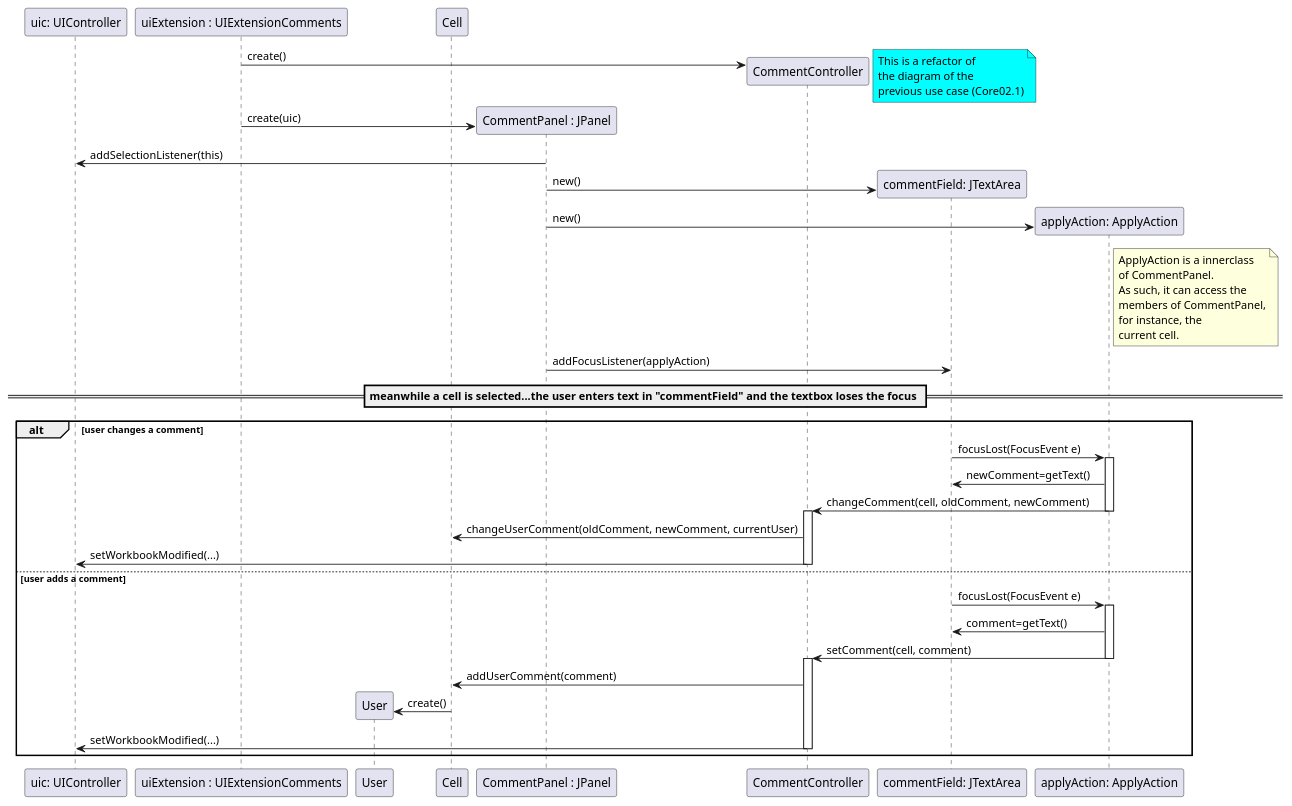
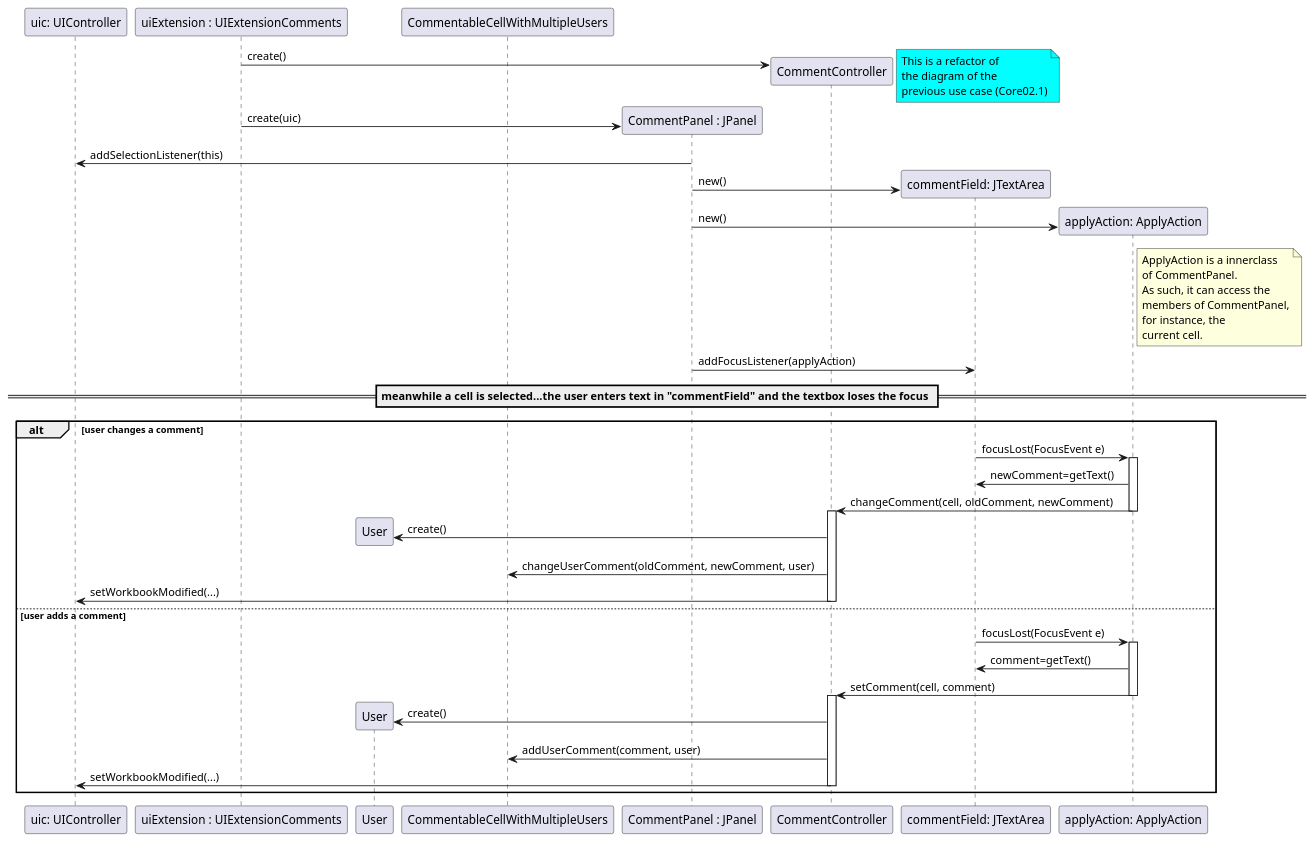
Before and after one commit to MikeTekOn/lapr4-2017-2dd: the diagram in src/main/java/lapr4/red/s1/core/n1150690/comments/core02_02_design2.puml, drawn with PlantUML. The commit also changed 2 other files, not shown here.

```diff
--- a/src/main/java/lapr4/red/s1/core/n1150690/comments/core02_02_design2.puml
+++ b/src/main/java/lapr4/red/s1/core/n1150690/comments/core02_02_design2.puml
@@ -1,69 +1,71 @@
 @startuml core02_01_design3.png
     participant "uic: UIController" as uic
     participant "uiExtension : UIExtensionComments" as UIExt
     participant "User" as u
-    participant "Cell" as cell
+    participant "CommentableCellWithMultipleUsers" as cell
     participant "CommentPanel : JPanel" as cp
     participant "CommentController" as ctrl
     participant "commentField: JTextArea" as commentField
     participant "applyAction: ApplyAction" as applyAction
     
     create ctrl
     UIExt -> ctrl : create()
 
     note right #aqua
         This is a refactor of 
         the diagram of the 
         previous use case (Core02.1)
     end note
 
     create cp
     UIExt -> cp :  create(uic) 
 
     cp -> uic : addSelectionListener(this)
     
     create commentField
     cp -> commentField: new()
 
     create applyAction
     cp -> applyAction : new()
 
     note right of applyAction
         ApplyAction is a innerclass 
         of CommentPanel.
         As such, it can access the 
         members of CommentPanel,
         for instance, the
         current cell.
     end note
 
     cp -> commentField : addFocusListener(applyAction)
 
     == meanwhile a cell is selected...the user enters text in "commentField" and the textbox loses the focus ==
 
     alt user changes a comment
         commentField -> applyAction : focusLost(FocusEvent e)
         activate applyAction
         applyAction -> commentField : newComment=getText()
         applyAction -> ctrl : changeComment(cell, oldComment, newComment)
         deactivate applyAction
 
         activate ctrl
-        ctrl -> cell : changeUserComment(oldComment, newComment, currentUser)
+        create u
+        ctrl -> u : create()
+        ctrl -> cell : changeUserComment(oldComment, newComment, user)
         ctrl -> uic : setWorkbookModified(...)
         deactivate ctrl
     else user adds a comment
         commentField -> applyAction : focusLost(FocusEvent e)
         activate applyAction
         applyAction -> commentField : comment=getText()
         applyAction -> ctrl : setComment(cell, comment)
         deactivate applyAction
-
         activate ctrl
-        ctrl -> cell : addUserComment(comment)
         create u
-        cell -> u : create()
+        ctrl -> u : create()
+        ctrl -> cell : addUserComment(comment, user)
+        
         ctrl -> uic : setWorkbookModified(...)
         deactivate ctrl
     end
 @enduml
```
